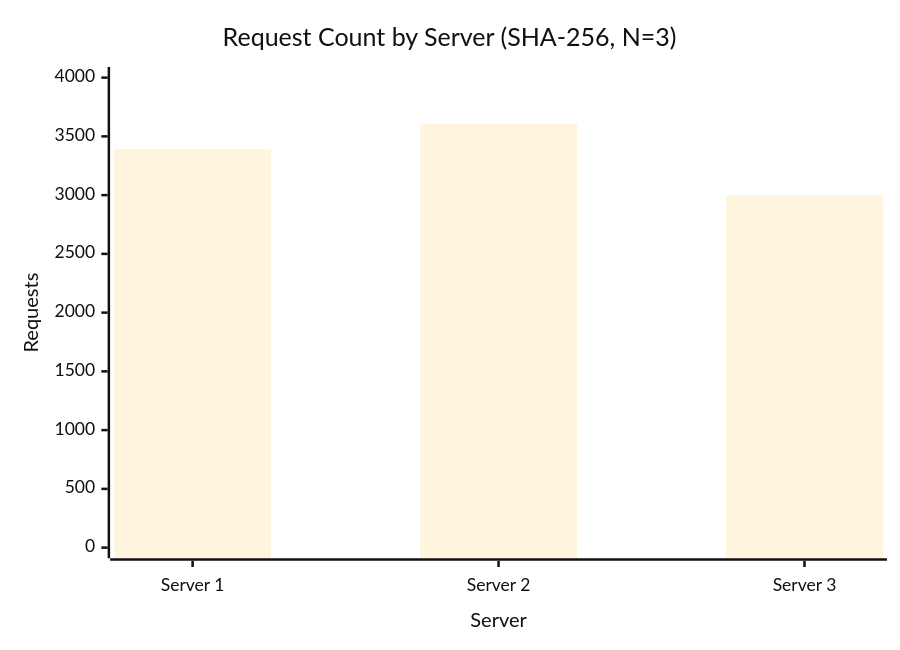
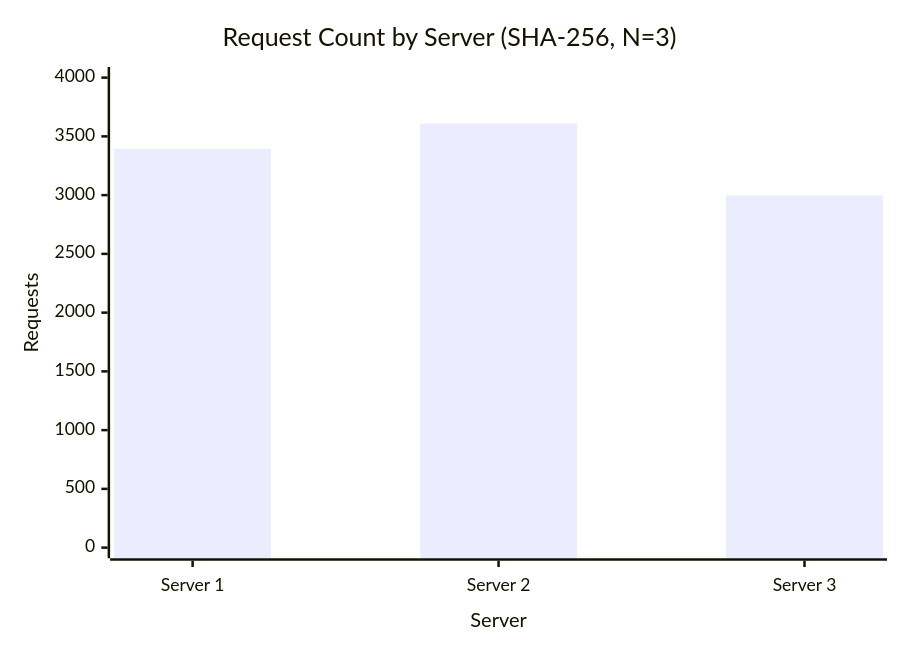
The first of 4 diagrams in README.md (AmyMugeni/LoadBalancer), drawn with Mermaid before and after one commit. The commit also changed other lines of this file, not shown here.

````diff
--- a/README.md
+++ b/README.md
@@ -304,8 +304,7 @@
 ```mermaid
-%%{init: {'theme': 'base', 'themeVariables': { 'background': '#FFFFFF', 'primaryColor': '#000000', 'primaryBorderColor': '#000000', 'primaryTextColor': '#111111', 'lineColor': '#000000', 'fontSize': '16px' }}}%%
 xychart-beta
   title "Request Count by Server (SHA-256, N=3)"
   x-axis "Server" ["Server 1", "Server 2", "Server 3"]
   y-axis "Requests" 0 --> 4000
   bar [3393, 3609, 2998]
 ```
````
